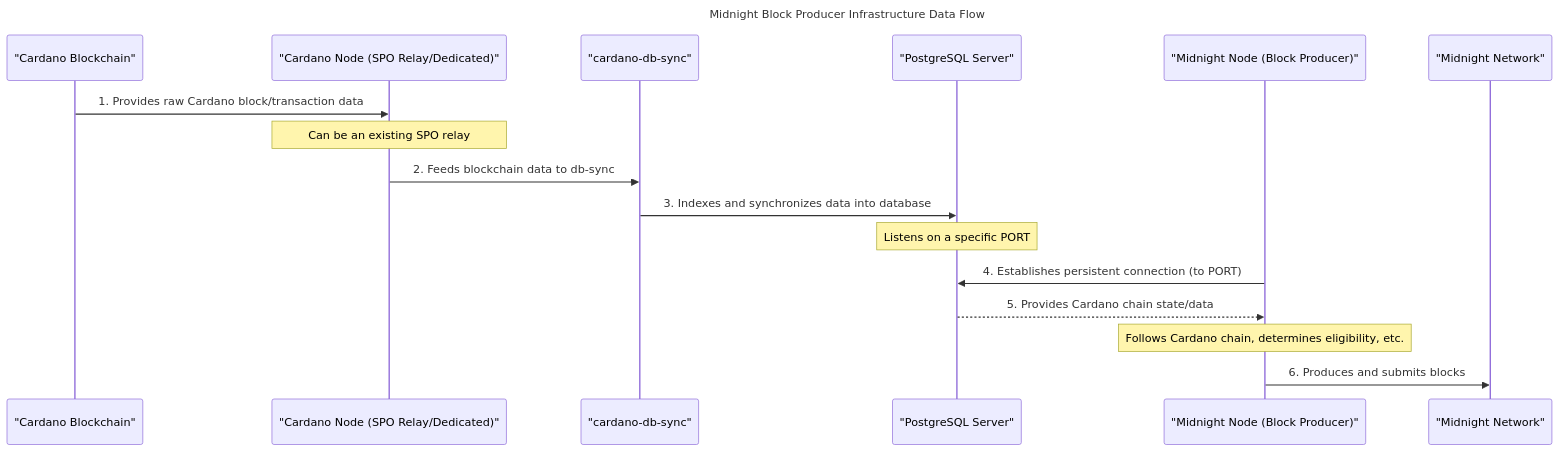
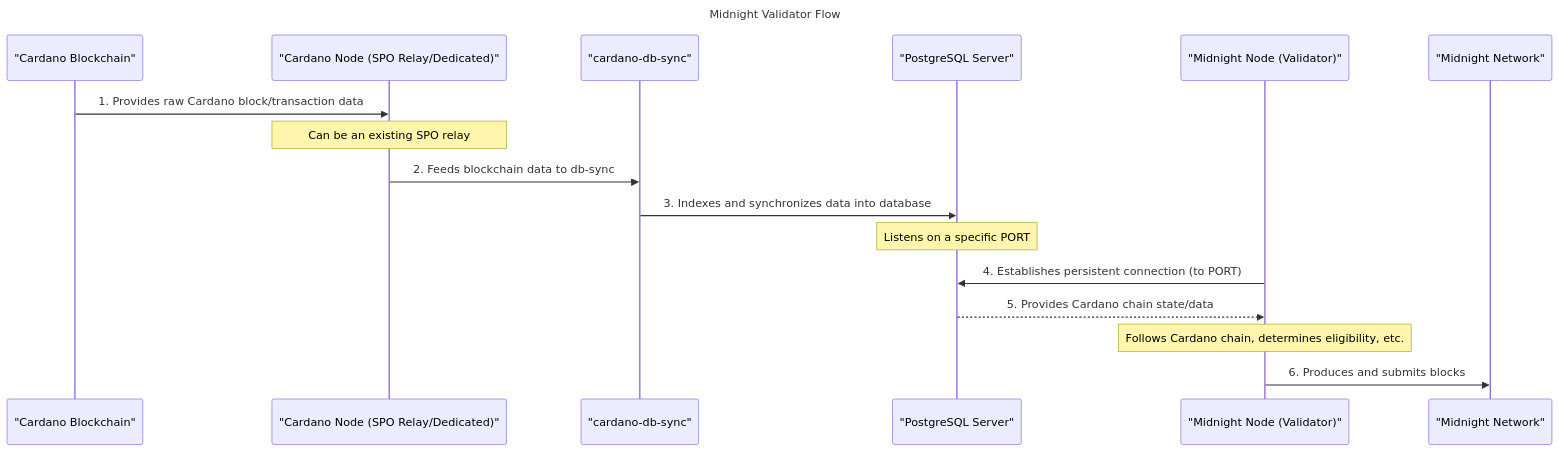
Before and after one commit to midnightntwrk/midnight-docs: the second of 2 diagrams in docs/validate/run-a-validator/index.mdx, drawn with Mermaid. The commit also changed other lines of this file and 2 other files, not shown here.

Commit message:
fix: update validator index and step1

````diff
--- a/docs/validate/run-a-validator/index.mdx
+++ b/docs/validate/run-a-validator/index.mdx
@@ -88,25 +85,25 @@
 ```mermaid
 sequenceDiagram
-    title Midnight Block Producer Infrastructure Data Flow
+    title Midnight Validator Flow
 
     participant CardanoBlockchain as "Cardano Blockchain"
     participant CardanoNode as "Cardano Node (SPO Relay/Dedicated)"
     participant CardanoDbSync as "cardano-db-sync"
     participant PostgreSQL_Server as "PostgreSQL Server"
-    participant MidnightNode_BP as "Midnight Node (Block Producer)"
+    participant MidnightNode_BP as "Midnight Node (Validator)"
     participant MidnightNetwork as "Midnight Network"
 
     CardanoBlockchain->>CardanoNode: 1. Provides raw Cardano block/transaction data
     Note over CardanoNode: Can be an existing SPO relay
 
     CardanoNode->>CardanoDbSync: 2. Feeds blockchain data to db-sync
     CardanoDbSync->>PostgreSQL_Server: 3. Indexes and synchronizes data into database
     Note over PostgreSQL_Server: Listens on a specific PORT
 
     MidnightNode_BP->>PostgreSQL_Server: 4. Establishes persistent connection (to PORT)
     PostgreSQL_Server-->>MidnightNode_BP: 5. Provides Cardano chain state/data
 
     Note over MidnightNode_BP: Follows Cardano chain, determines eligibility, etc.
 
     MidnightNode_BP->>MidnightNetwork: 6. Produces and submits blocks
 ```
````
